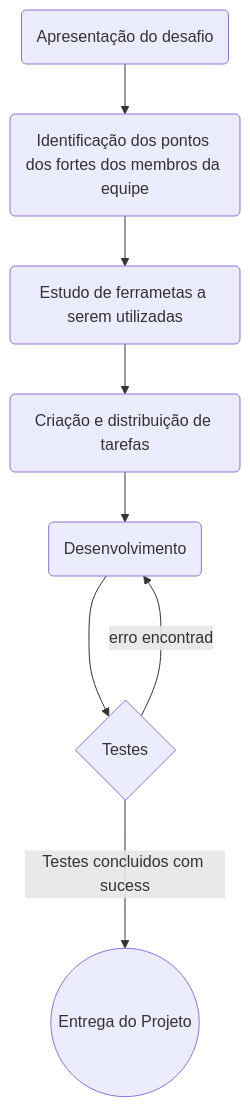
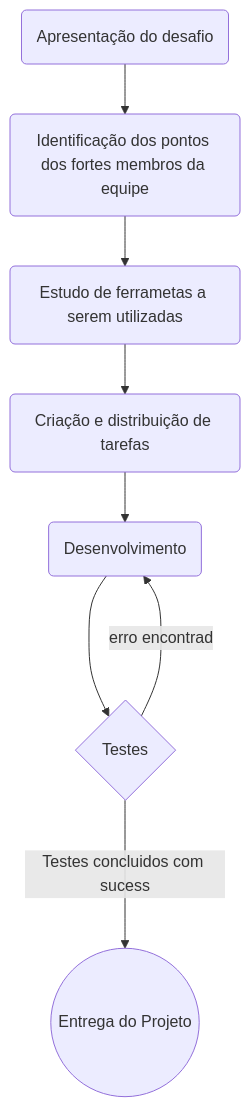
Before and after one commit to bitsizedg4/store: the diagram in README.md, drawn with Mermaid.

````diff
--- a/README.md
+++ b/README.md
@@ -7,10 +7,10 @@
 ```mermaid
 graph 
-A(Apresentação do desafio) --> B(Identificação dos pontos dos fortes dos membros da equipe);
+A(Apresentação do desafio) --> B(Identificação dos pontos dos fortes membros da equipe);
 B --> D(Estudo de ferrametas a serem utilizadas);
 D --> E(Criação e distribuição de tarefas);
 E --> F(Desenvolvimento);
 F --> G{Testes};
 G --erro encontrado--> F;
 G --Testes concluidos com sucesso--> H((Entrega do Projeto))
 ```
````
